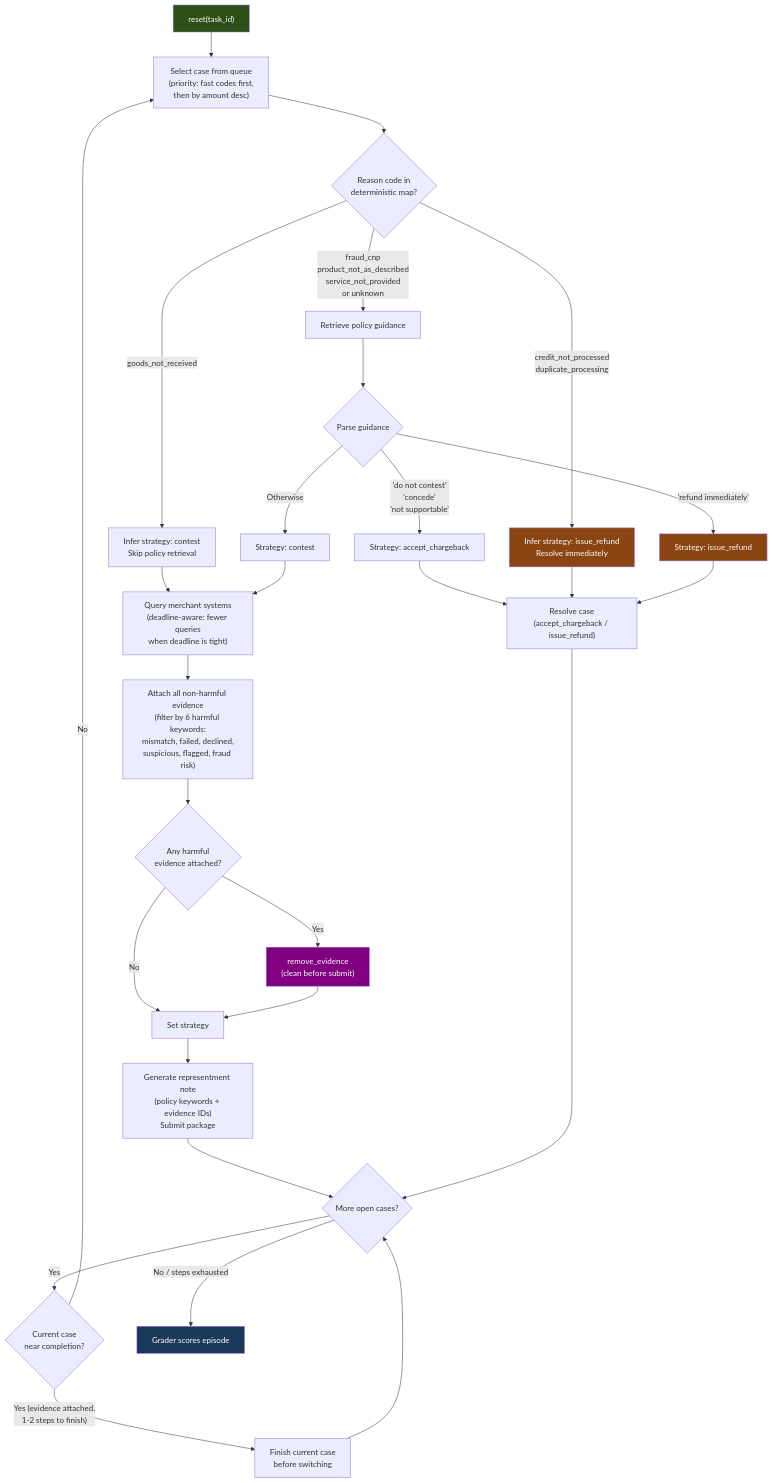
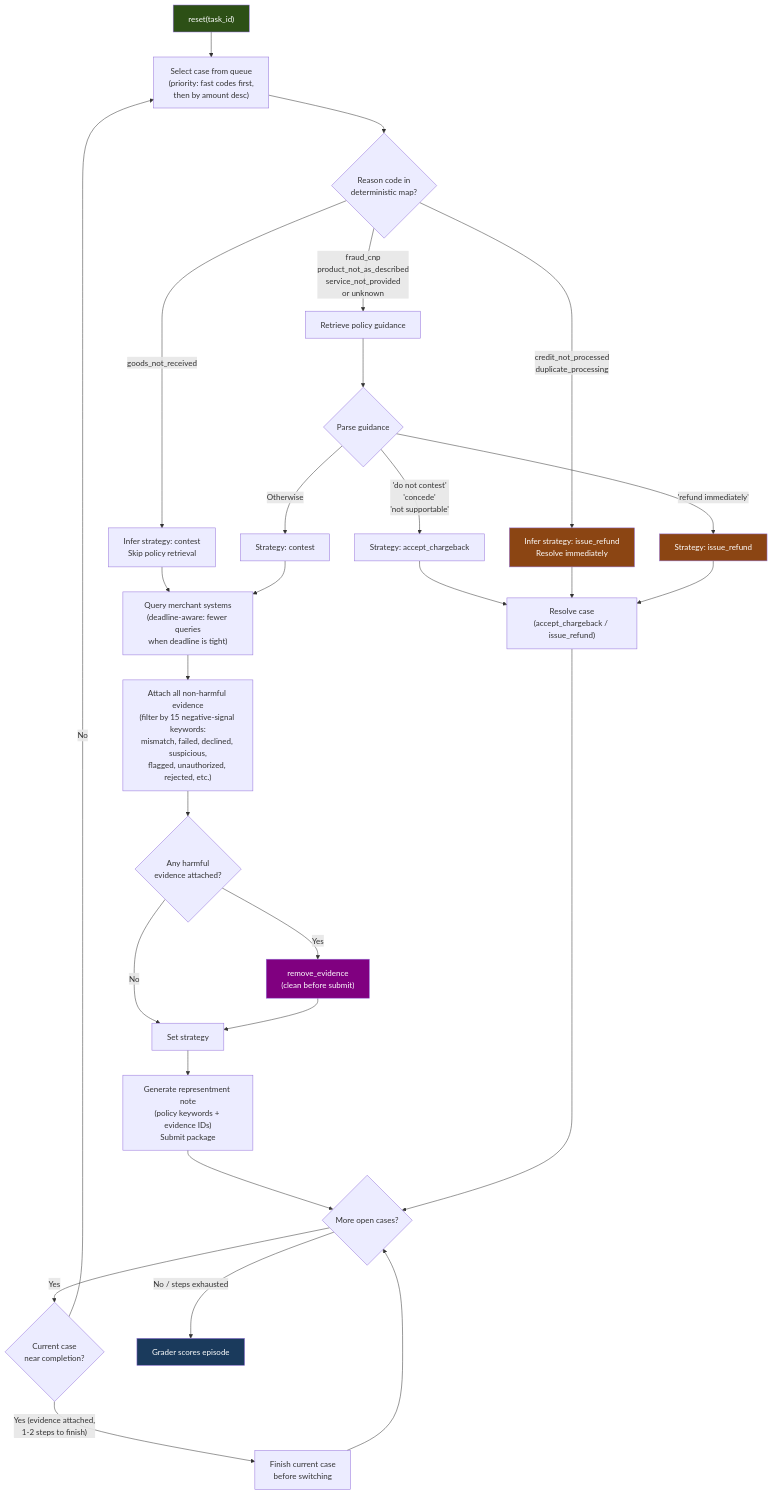
Before and after one commit to MitudruDutta/chargebackops: the fourth of 6 diagrams in README.md, drawn with Mermaid. The commit also changed other lines of this file and 2 other files, not shown here.

Commit message:
feat: add OpenEnv overview documentation and enhance harmful evidence detection keywords

````diff
--- a/README.md
+++ b/README.md
@@ -167,41 +167,41 @@
 ```mermaid
 flowchart TD
     A["reset(task_id)"] --> SEL["Select case from queue\n(priority: fast codes first,\nthen by amount desc)"]
     SEL --> DET{"Reason code in\ndeterministic map?"}
     DET -->|"goods_not_received"| SKIP["Infer strategy: contest\nSkip policy retrieval"]
     DET -->|"credit_not_processed\nduplicate_processing"| REFUND["Infer strategy: issue_refund\nResolve immediately"]
     DET -->|"fraud_cnp\nproduct_not_as_described\nservice_not_provided\nor unknown"| POL["Retrieve policy guidance"]
     POL --> PARSE{"Parse guidance"}
     PARSE -->|"'do not contest'\n'concede'\n'not supportable'"| ACCEPT["Strategy: accept_chargeback"]
     PARSE -->|"'refund immediately'"| REFUND2["Strategy: issue_refund"]
     PARSE -->|"Otherwise"| CONT["Strategy: contest"]
 
     SKIP --> QUERY["Query merchant systems\n(deadline-aware: fewer queries\nwhen deadline is tight)"]
     CONT --> QUERY
 
-    QUERY --> ATTACH["Attach all non-harmful evidence\n(filter by 6 harmful keywords:\nmismatch, failed, declined,\nsuspicious, flagged, fraud risk)"]
+    QUERY --> ATTACH["Attach all non-harmful evidence\n(filter by 15 negative-signal keywords:\nmismatch, failed, declined, suspicious,\nflagged, unauthorized, rejected, etc.)"]
     ATTACH --> HARMFUL{"Any harmful\nevidence attached?"}
     HARMFUL -->|"Yes"| REMOVE["remove_evidence\n(clean before submit)"]
     HARMFUL -->|"No"| STRAT["Set strategy"]
     REMOVE --> STRAT
 
     STRAT --> SUBMIT["Generate representment note\n(policy keywords + evidence IDs)\nSubmit package"]
 
     ACCEPT --> RESOLVE["Resolve case\n(accept_chargeback / issue_refund)"]
     REFUND --> RESOLVE
     REFUND2 --> RESOLVE
 
     SUBMIT --> MORE{"More open cases?"}
     RESOLVE --> MORE
     MORE -->|"Yes"| NEAR{"Current case\nnear completion?"}
     NEAR -->|"Yes (evidence attached,\n1-2 steps to finish)"| FINISH["Finish current case\nbefore switching"]
     NEAR -->|"No"| SEL
     FINISH --> MORE
     MORE -->|"No / steps exhausted"| GRADE["Grader scores episode"]
 
     style A fill:#2d5016,color:#fff
     style GRADE fill:#1a3a5c,color:#fff
     style REMOVE fill:#800080,color:#fff
     style REFUND fill:#8b4513,color:#fff
     style REFUND2 fill:#8b4513,color:#fff
 ```
````
